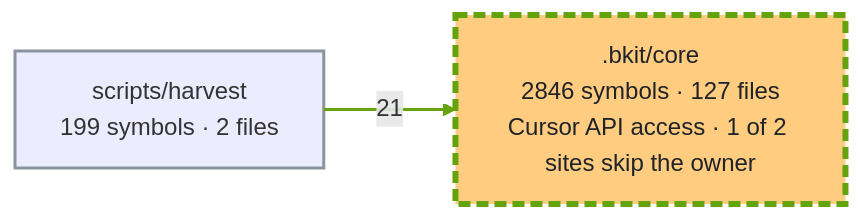
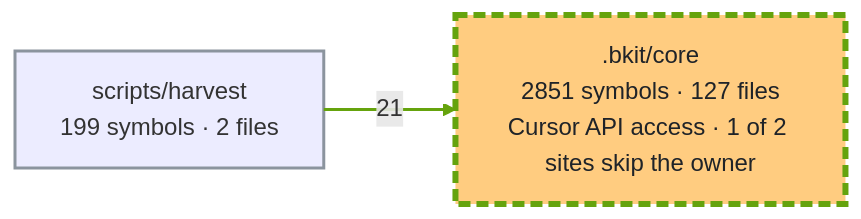
Before and after one commit to cbartens/bkit: the first of 2 diagrams in docs/capabilities.md, drawn with Mermaid. The commit also changed other lines of this file and 119 other files, not shown here.

````diff
--- a/docs/capabilities.md
+++ b/docs/capabilities.md
@@ -150,16 +150,16 @@
 ```mermaid
 ---
 config:
   layout: elk
   flowchart:
     useMaxWidth: false
 ---
 flowchart LR
-  %% Generated by bkit-graphify-rollup.py from 163e09176b62d4ed9d1cb7c06e5d53b7cd5678d1 — do not edit
-  n_bkit_core[".bkit/core<br/>2846 symbols · 127 files<br/>Cursor API access · 1 of 2 sites skip the owner"]
+  %% Generated by bkit-graphify-rollup.py from 2b45124020e6f4e14f43d3bc51c2ac9d21d45e86 — do not edit
+  n_bkit_core[".bkit/core<br/>2851 symbols · 127 files<br/>Cursor API access · 1 of 2 sites skip the owner"]
   nscripts_harvest["scripts/harvest<br/>199 symbols · 2 files"]
   nscripts_harvest -->|21| n_bkit_core
   style n_bkit_core stroke:#65a30d,stroke-width:4px,stroke-dasharray:8 4,fill:#ffcc80,color:#1f2328
   style nscripts_harvest stroke:#8b949e,stroke-width:2px
   linkStyle 0 stroke:#65a30d,stroke-width:2px
 ```
````
